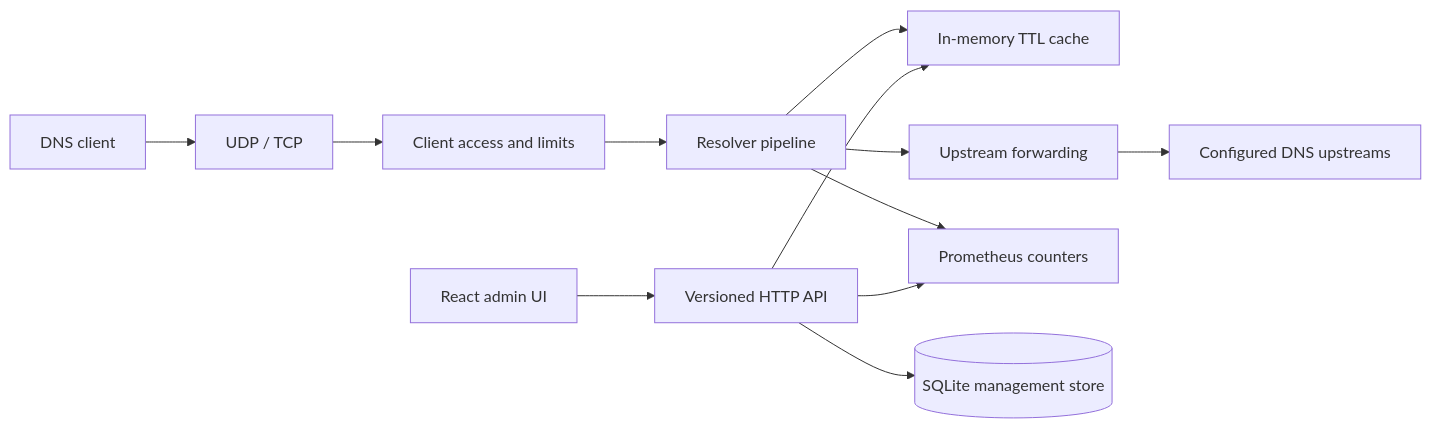
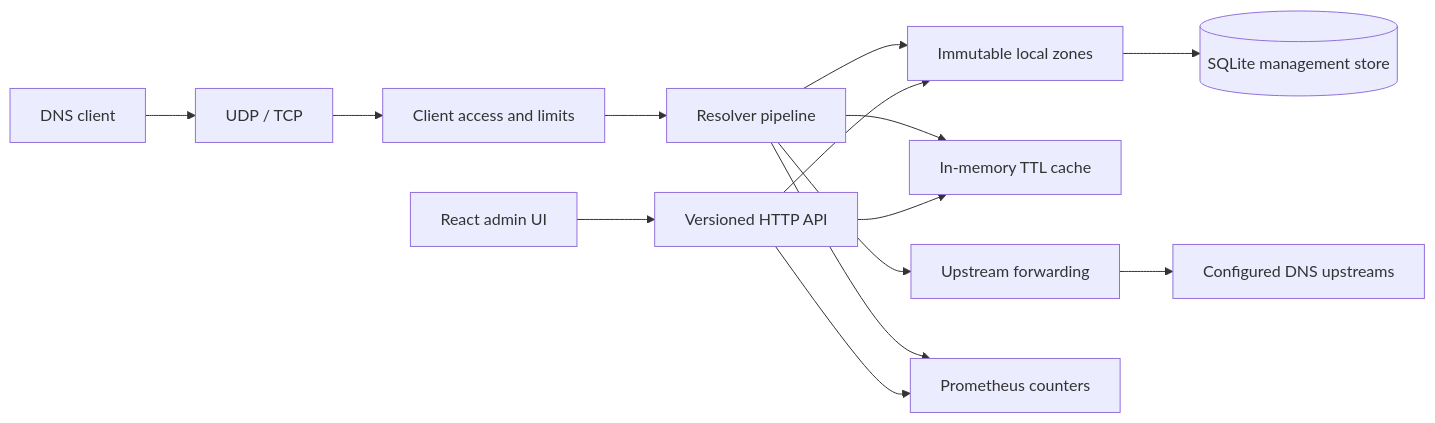
The diagram in README.md (matta813/velora-dns), drawn with Mermaid before and after one commit. The commit also changed other lines of this file and 19 other files, not shown here.

````diff
--- a/README.md
+++ b/README.md
@@ -59,14 +60,16 @@
 ```mermaid
 flowchart LR
     Client[DNS client] --> Transport[UDP / TCP]
     Transport --> ACL[Client access and limits]
     ACL --> Resolver[Resolver pipeline]
+    Resolver --> Zones[Immutable local zones]
     Resolver --> Cache[In-memory TTL cache]
     Resolver --> Forwarder[Upstream forwarding]
     Forwarder --> Upstreams[Configured DNS upstreams]
     Resolver --> Metrics[Prometheus counters]
     UI[React admin UI] --> API[Versioned HTTP API]
     API --> Cache
     API --> Metrics
-    API --> DB[(SQLite management store)]
+    API --> Zones
+    Zones --> DB[(SQLite management store)]
 ```
````
